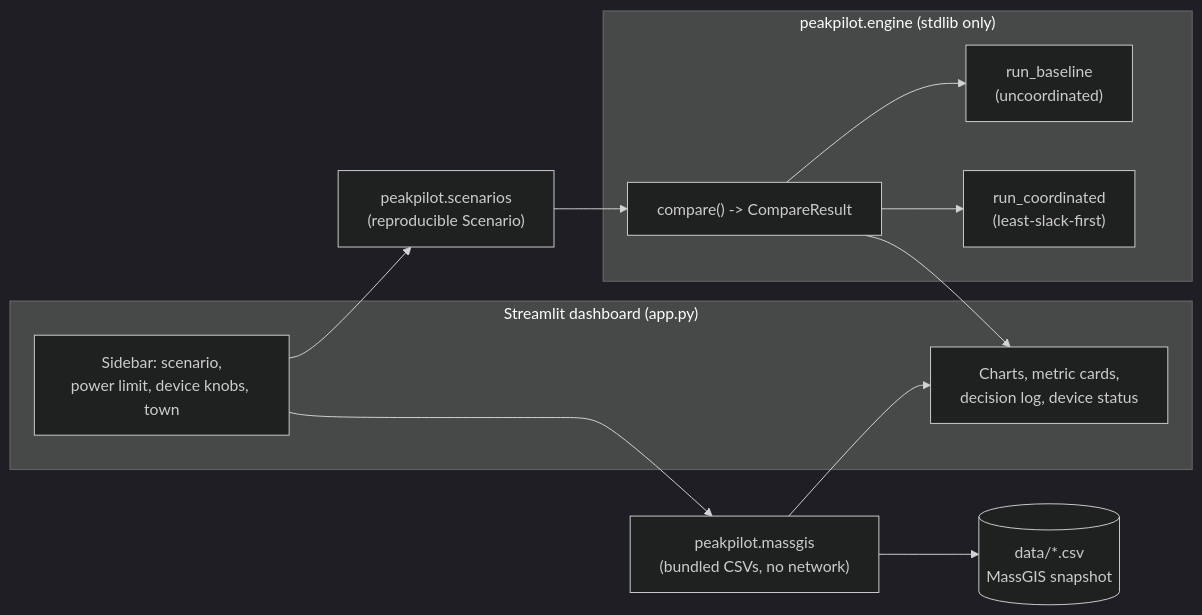
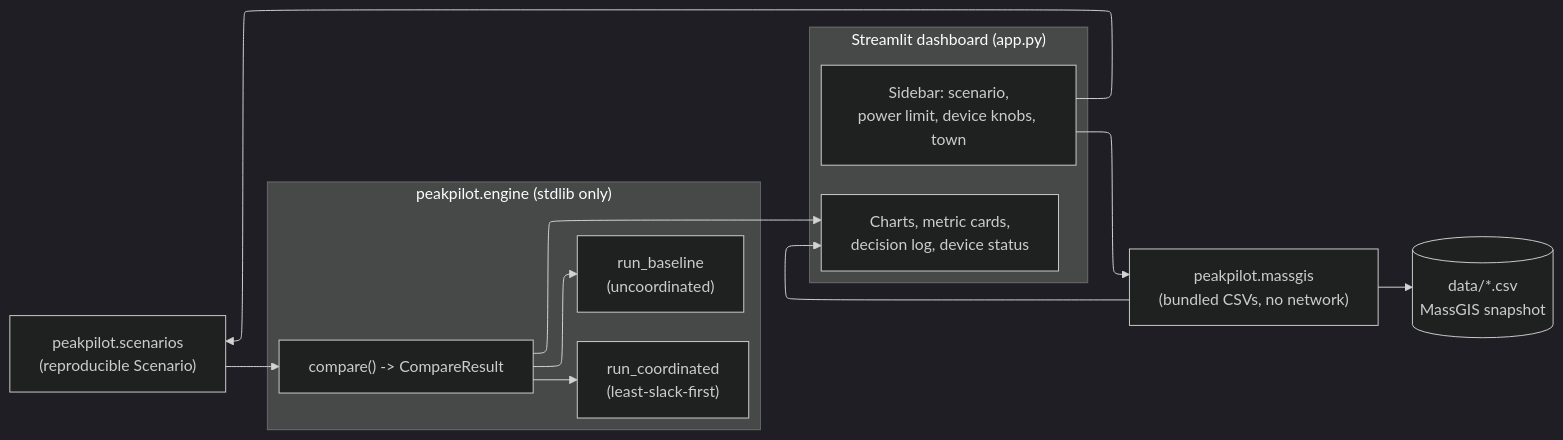
One commit to sohampatwardhan/PeakPilot changed the first of 4 diagrams in README.md. Above: the diagram before and after it, drawn with Mermaid (dark theme). The commit also changed other lines of this file and 18 other files, not shown here.

````diff
--- a/README.md
+++ b/README.md
@@ -64,22 +64,26 @@
 ```mermaid
+---
+config:
+  layout: elk
+---
 flowchart LR
     subgraph UI["Streamlit dashboard (app.py)"]
         SB["Sidebar: scenario,\npower limit, device knobs, town"]
         CH["Charts, metric cards,\ndecision log, device status"]
     end
     subgraph ENG["peakpilot.engine (stdlib only)"]
         BASE["run_baseline\n(uncoordinated)"]
         COORD["run_coordinated\n(least-slack-first)"]
         CMP["compare() -> CompareResult"]
     end
     SCN["peakpilot.scenarios\n(reproducible Scenario)"]
     GIS["peakpilot.massgis\n(bundled CSVs, no network)"]
     DATA[("data/*.csv\nMassGIS snapshot")]
 
     SB --> SCN --> CMP
     CMP --> BASE
     CMP --> COORD
     CMP --> CH
     SB --> GIS --> CH
     GIS --> DATA
 ```
````
